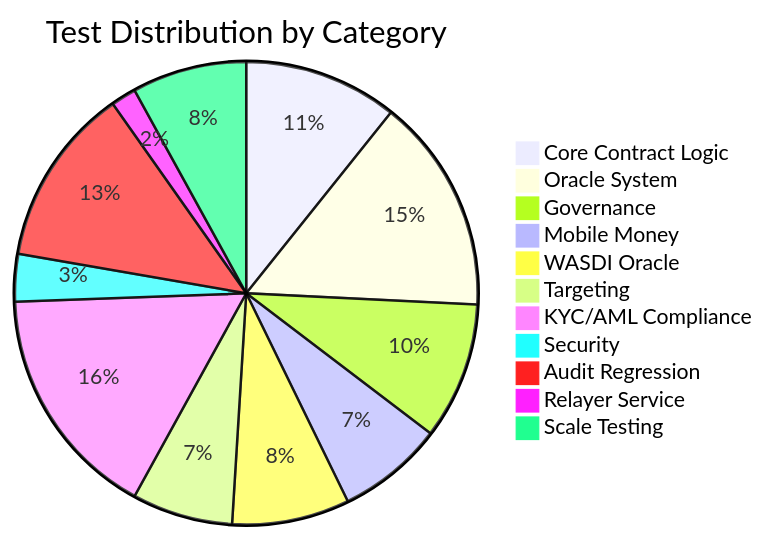
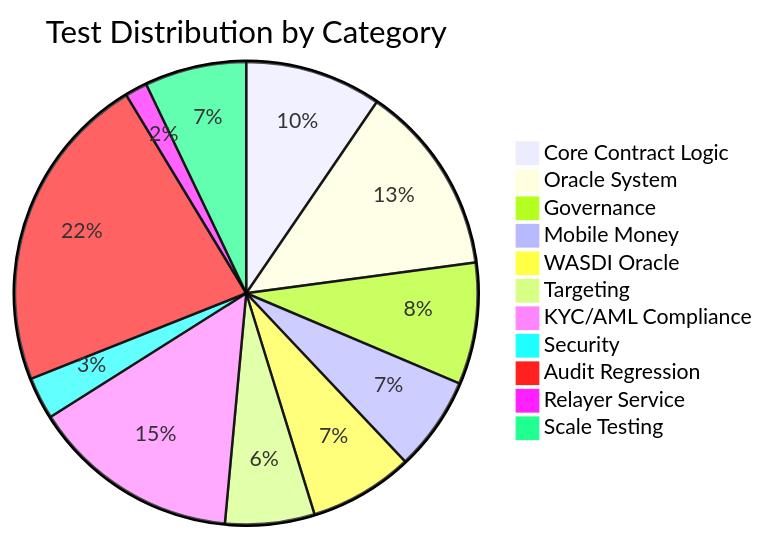
The diagram in docs/SMART_CONTRACT_TEST_RESULTS.md (loxadim/flood-prediction-smart-contract), drawn with Mermaid before and after one commit. The commit also changed other lines of this file and 52 other files, not shown here.

````diff
--- a/docs/SMART_CONTRACT_TEST_RESULTS.md
+++ b/docs/SMART_CONTRACT_TEST_RESULTS.md
@@ -99,14 +102,14 @@
 ```mermaid
 pie title Test Distribution by Category
     "Core Contract Logic" : 55
     "Oracle System" : 77
     "Governance" : 49
     "Mobile Money" : 38
     "WASDI Oracle" : 42
     "Targeting" : 36
     "KYC/AML Compliance" : 84
     "Security" : 17
-    "Audit Regression" : 64
+    "Audit Regression" : 129
     "Relayer Service" : 9
     "Scale Testing" : 41
 ```
````
